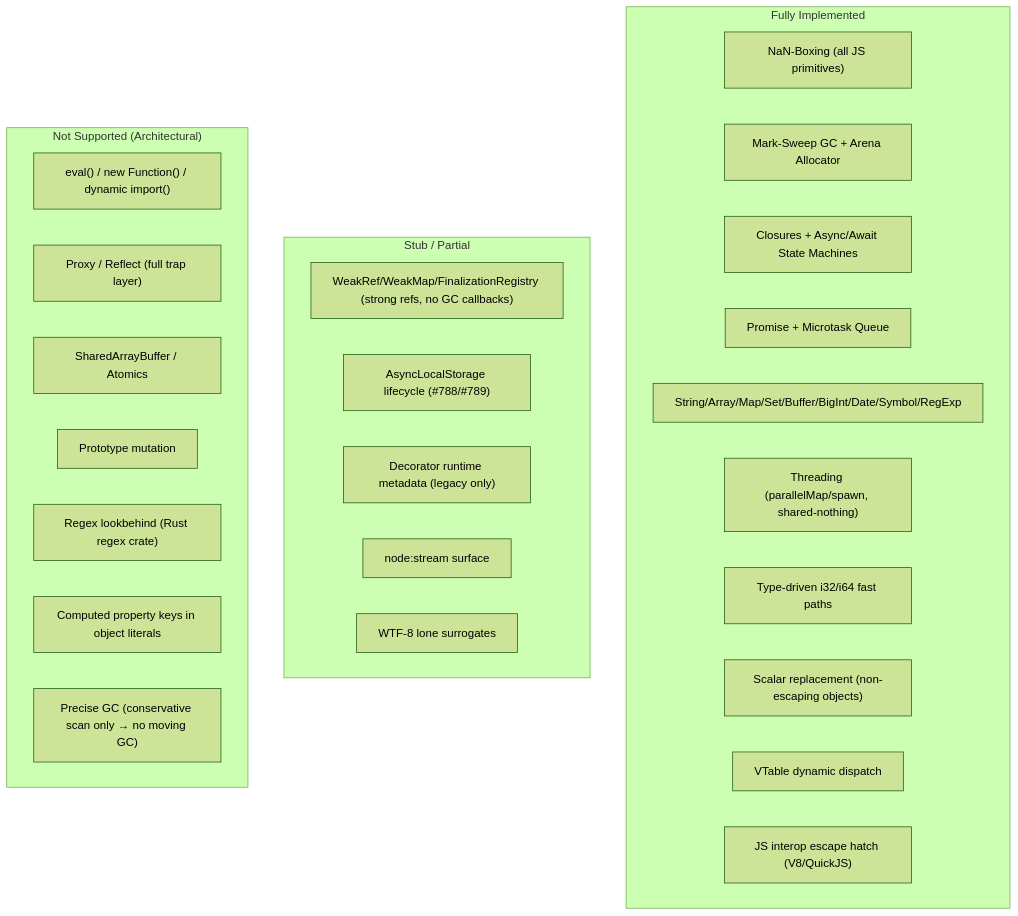
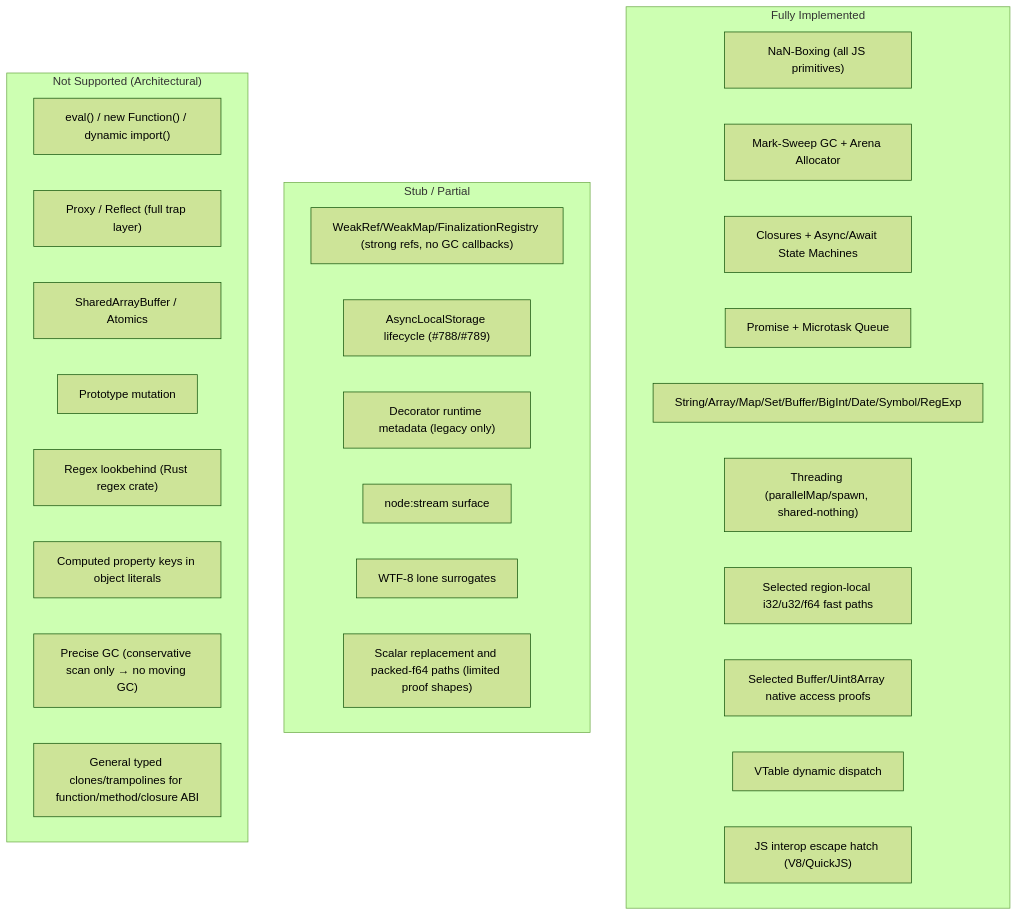
The diagram in TYPE_LOWERING.md (PerryTS/perry), drawn with Mermaid (forest theme) before and after one commit. The commit also changed other lines of this file and 24 other files, not shown here.

````diff
--- a/TYPE_LOWERING.md
+++ b/TYPE_LOWERING.md
@@ -257,33 +315,35 @@
 ```mermaid
 graph TD
     subgraph "Fully Implemented"
         A["NaN-Boxing (all JS primitives)"]
         B["Mark-Sweep GC + Arena Allocator"]
         C["Closures + Async/Await State Machines"]
         D["Promise + Microtask Queue"]
         E["String/Array/Map/Set/Buffer/BigInt/Date/Symbol/RegExp"]
         F["Threading (parallelMap/spawn, shared-nothing)"]
-        G["Type-driven i32/i64 fast paths"]
-        H["Scalar replacement (non-escaping objects)"]
+        G["Selected region-local i32/u32/f64 fast paths"]
+        H["Selected Buffer/Uint8Array native access proofs"]
         I["VTable dynamic dispatch"]
         J["JS interop escape hatch (V8/QuickJS)"]
     end
 
     subgraph "Stub / Partial"
         K["WeakRef/WeakMap/FinalizationRegistry (strong refs, no GC callbacks)"]
         L["AsyncLocalStorage lifecycle (#788/#789)"]
         M["Decorator runtime metadata (legacy only)"]
         N["node:stream surface"]
         O["WTF-8 lone surrogates"]
+        AA["Scalar replacement and packed-f64 paths (limited proof shapes)"]
     end
 
     subgraph "Not Supported (Architectural)"
         P["eval() / new Function() / dynamic import()"]
         Q["Proxy / Reflect (full trap layer)"]
         R["SharedArrayBuffer / Atomics"]
         S["Prototype mutation"]
         T["Regex lookbehind (Rust regex crate)"]
         U["Computed property keys in object literals"]
         V["Precise GC (conservative scan only → no moving GC)"]
+        W["General typed clones/trampolines for function/method/closure ABI"]
     end
 ```
````
